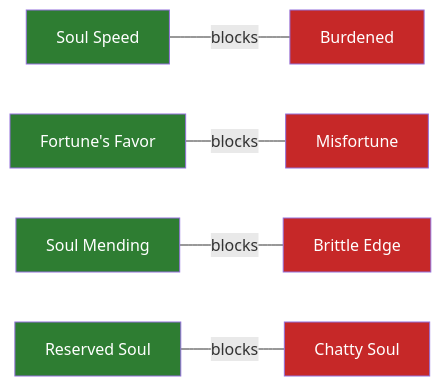
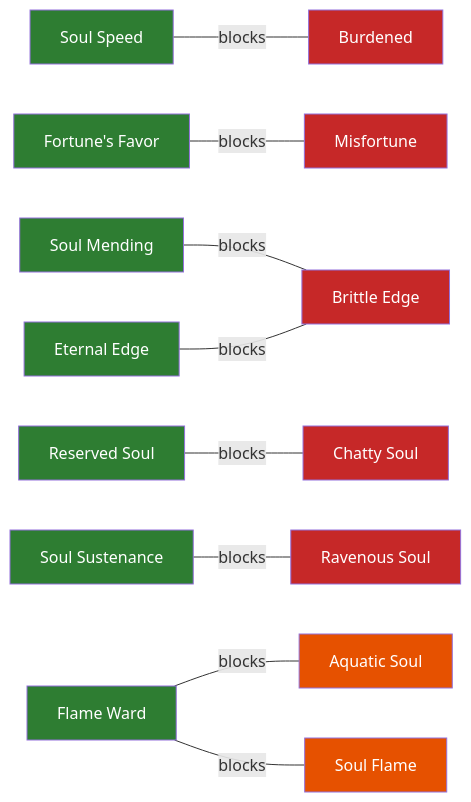
The second of 3 diagrams in docs/wiki/SOUL_EMBODIMENT_GUIDE.md (Underwood-Inc/rituals), drawn with Mermaid before and after one commit. The commit also changed other lines of this file and 14 other files, not shown here.

````diff
--- a/docs/wiki/SOUL_EMBODIMENT_GUIDE.md
+++ b/docs/wiki/SOUL_EMBODIMENT_GUIDE.md
@@ -191,16 +220,26 @@
 ```mermaid
 flowchart LR
     A[Soul Speed] ---|blocks|B[Burdened]
     C[Fortune's Favor] ---|blocks|D[Misfortune]
     E[Soul Mending] ---|blocks|F[Brittle Edge]
+    E2[Eternal Edge] ---|blocks|F
     G[Reserved Soul] ---|blocks|H[Chatty Soul]
+    I[Soul Sustenance] ---|blocks|J[Ravenous Soul]
+    K[Flame Ward] ---|blocks|L[Aquatic Soul]
+    K ---|blocks|M[Soul Flame]
     
     style A fill:#2e7d32,color:#fff
     style C fill:#2e7d32,color:#fff
     style E fill:#2e7d32,color:#fff
+    style E2 fill:#2e7d32,color:#fff
     style G fill:#2e7d32,color:#fff
+    style I fill:#2e7d32,color:#fff
+    style K fill:#2e7d32,color:#fff
     style B fill:#c62828,color:#fff
     style D fill:#c62828,color:#fff
     style F fill:#c62828,color:#fff
     style H fill:#c62828,color:#fff
+    style J fill:#c62828,color:#fff
+    style L fill:#e65100,color:#fff
+    style M fill:#e65100,color:#fff
 ```
````
